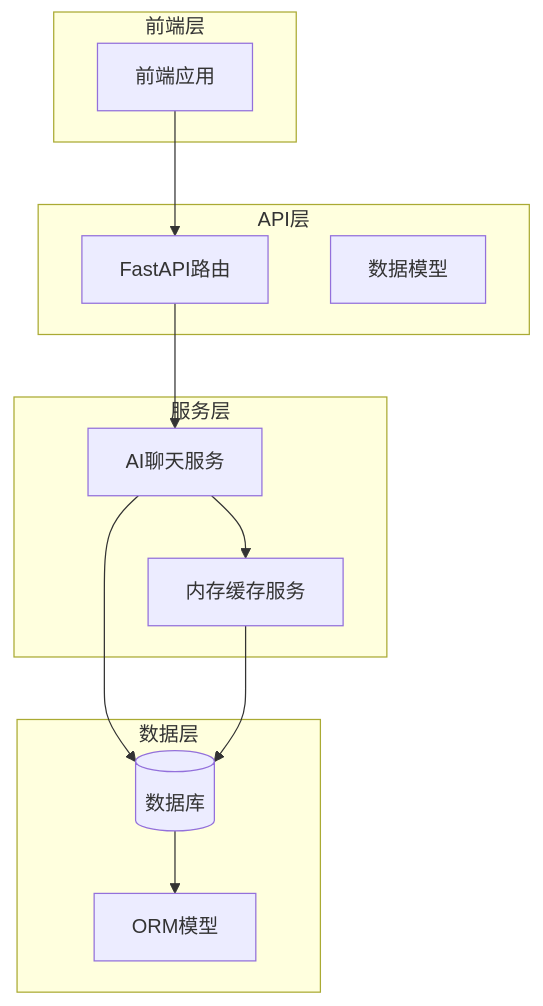
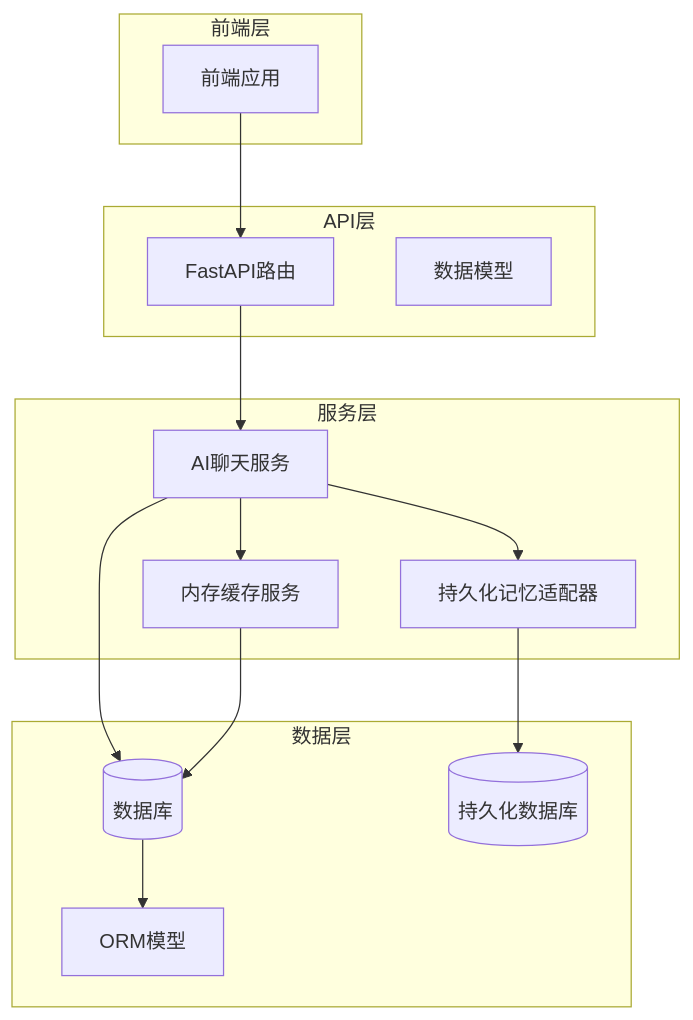
Before and after one commit to xfbyxq/ai-novel-system: the first of 8 diagrams in .qoder/repowiki/zh/content/Memory Service.md, drawn with Mermaid. The commit also changed other lines of this file and 17 other files, not shown here.

````diff
--- a/.qoder/repowiki/zh/content/Memory Service.md
+++ b/.qoder/repowiki/zh/content/Memory Service.md
@@ -45,24 +45,28 @@
 ```mermaid
 graph TB
 subgraph "前端层"
 FE[前端应用]
 end
 subgraph "API层"
 API[FastAPI路由]
 SCHEMAS[数据模型]
 end
 subgraph "服务层"
 AI_CHAT_SERVICE[AI聊天服务]
 MEMORY_SERVICE[内存缓存服务]
+PERSISTENT_ADAPTER[持久化记忆适配器]
 end
 subgraph "数据层"
 DB[(数据库)]
 MODELS[ORM模型]
+PERSISTENT_DB[(持久化数据库)]
 end
 FE --> API
 API --> AI_CHAT_SERVICE
 AI_CHAT_SERVICE --> MEMORY_SERVICE
+AI_CHAT_SERVICE --> PERSISTENT_ADAPTER
 AI_CHAT_SERVICE --> DB
 MEMORY_SERVICE --> DB
+PERSISTENT_ADAPTER --> PERSISTENT_DB
 DB --> MODELS
 ```
````
